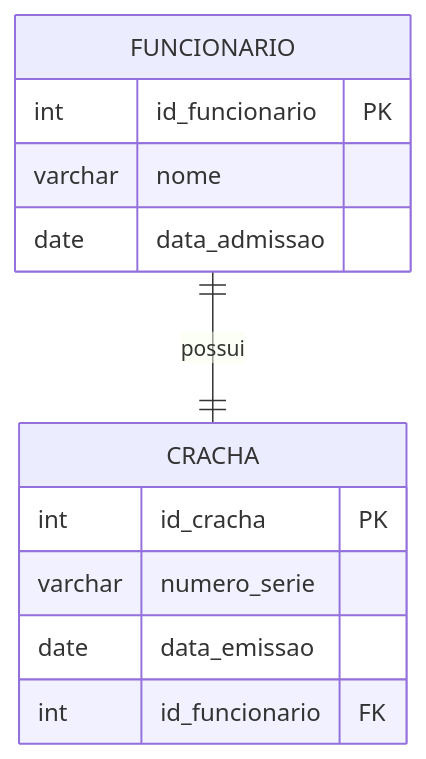
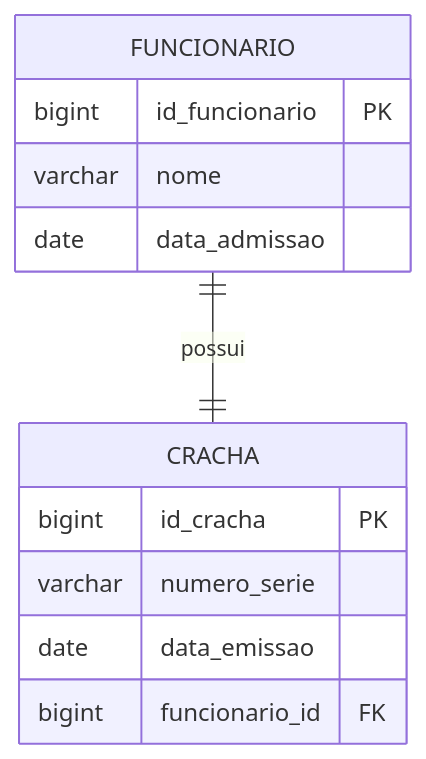
Before and after one commit to DSM-Fatec-Jahu/Banco-de-Dados-Relacional-IBD015: the first of 12 diagrams in aulas/Cardinalidade_MER_Completo.md, drawn with Mermaid. The commit also changed other lines of this file and 13 other files, not shown here.

````diff
--- a/aulas/Cardinalidade_MER_Completo.md
+++ b/aulas/Cardinalidade_MER_Completo.md
@@ -161,17 +161,17 @@
 ```mermaid
 erDiagram
     FUNCIONARIO {
-        int id_funcionario PK
+        bigint id_funcionario PK
         varchar nome
         date data_admissao
     }
 
     CRACHA {
-        int id_cracha PK
+        bigint id_cracha PK
         varchar numero_serie
         date data_emissao
-        int id_funcionario FK
+        bigint funcionario_id FK
     }
 
     FUNCIONARIO ||--|| CRACHA : "possui"
 ```
````
